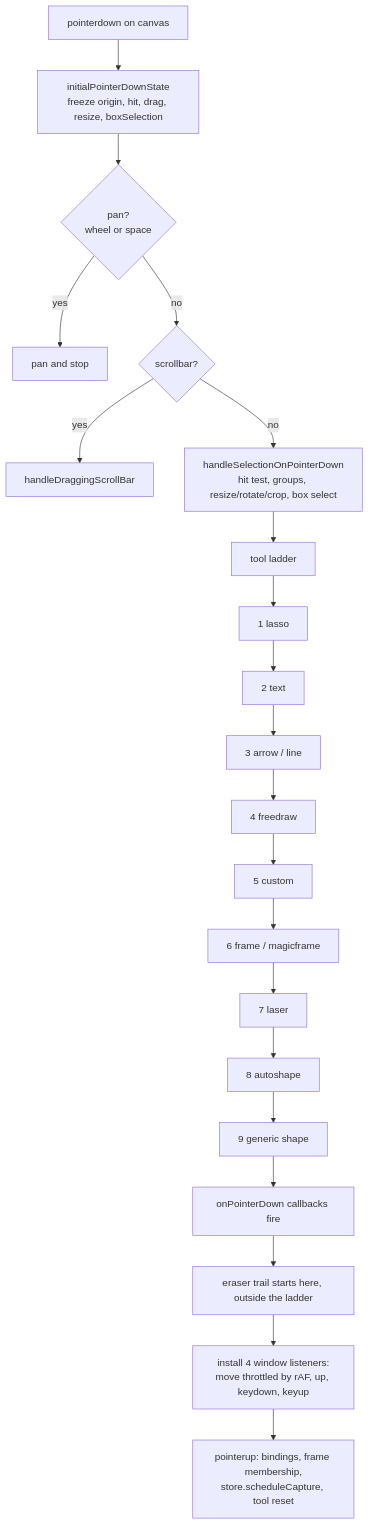
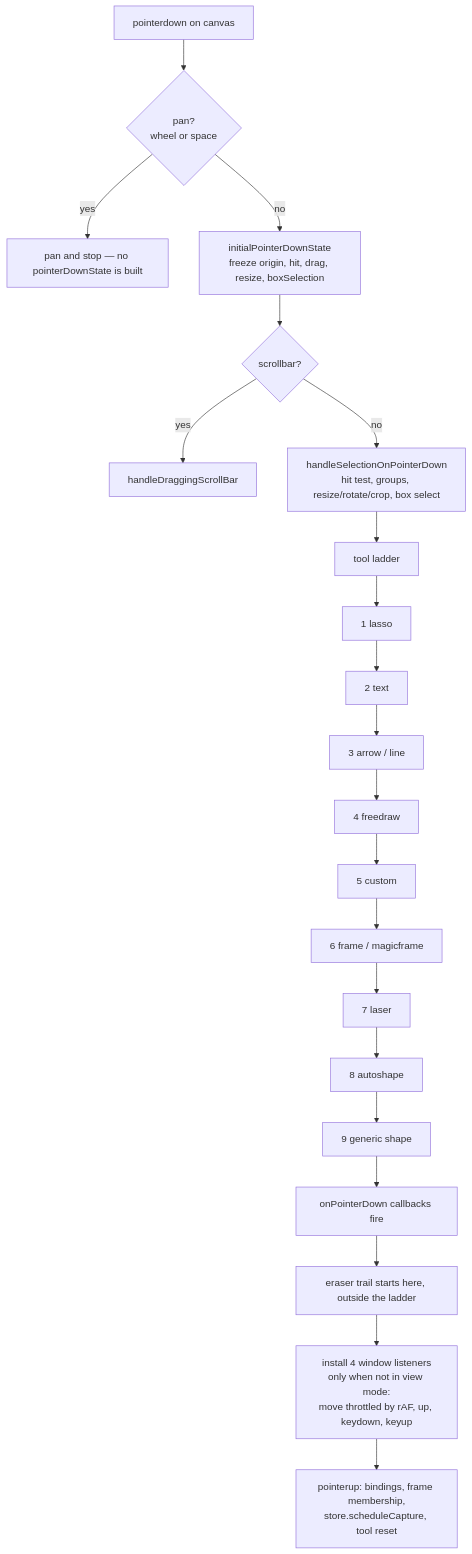
Before and after one commit to unobravo/whiteboard-fe: the second of 4 diagrams in docs/ARCHITECTURE.md, drawn with Mermaid. The commit also changed other lines of this file, not shown here.

````diff
--- a/docs/ARCHITECTURE.md
+++ b/docs/ARCHITECTURE.md
@@ -118,23 +127,23 @@
 ```mermaid
 flowchart TD
-  A[pointerdown on canvas] --> B[initialPointerDownState<br/>freeze origin, hit, drag, resize, boxSelection]
-  B --> C{pan?<br/>wheel or space}
-  C -->|yes| C1[pan and stop]
-  C -->|no| D{scrollbar?}
+  A[pointerdown on canvas] --> C{pan?<br/>wheel or space}
+  C -->|yes| C1[pan and stop — no pointerDownState is built]
+  C -->|no| B[initialPointerDownState<br/>freeze origin, hit, drag, resize, boxSelection]
+  B --> D{scrollbar?}
   D -->|yes| D1[handleDraggingScrollBar]
   D -->|no| E[handleSelectionOnPointerDown<br/>hit test, groups, resize/rotate/crop, box select]
   E --> F[tool ladder]
   F --> F1[1 lasso]
   F1 --> F2[2 text]
   F2 --> F3[3 arrow / line]
   F3 --> F4[4 freedraw]
   F4 --> F5[5 custom]
   F5 --> F6[6 frame / magicframe]
   F6 --> F7[7 laser]
   F7 --> F8[8 autoshape]
   F8 --> F9[9 generic shape]
   F9 --> G[onPointerDown callbacks fire]
   G --> H[eraser trail starts here, outside the ladder]
-  H --> I[install 4 window listeners:<br/>move throttled by rAF, up, keydown, keyup]
+  H --> I[install 4 window listeners<br/>only when not in view mode:<br/>move throttled by rAF, up, keydown, keyup]
   I --> J[pointerup: bindings, frame membership,<br/>store.scheduleCapture, tool reset]
 ```
````
